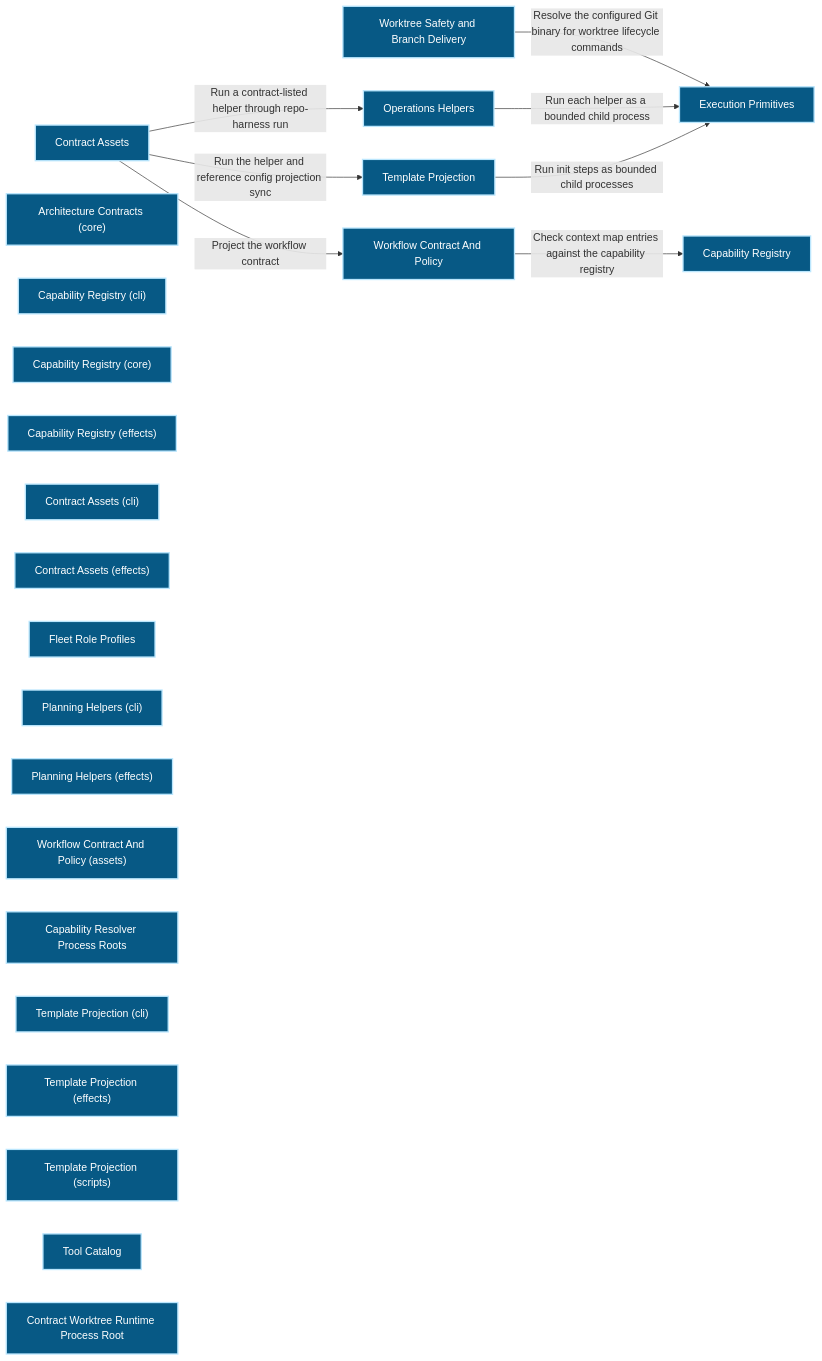
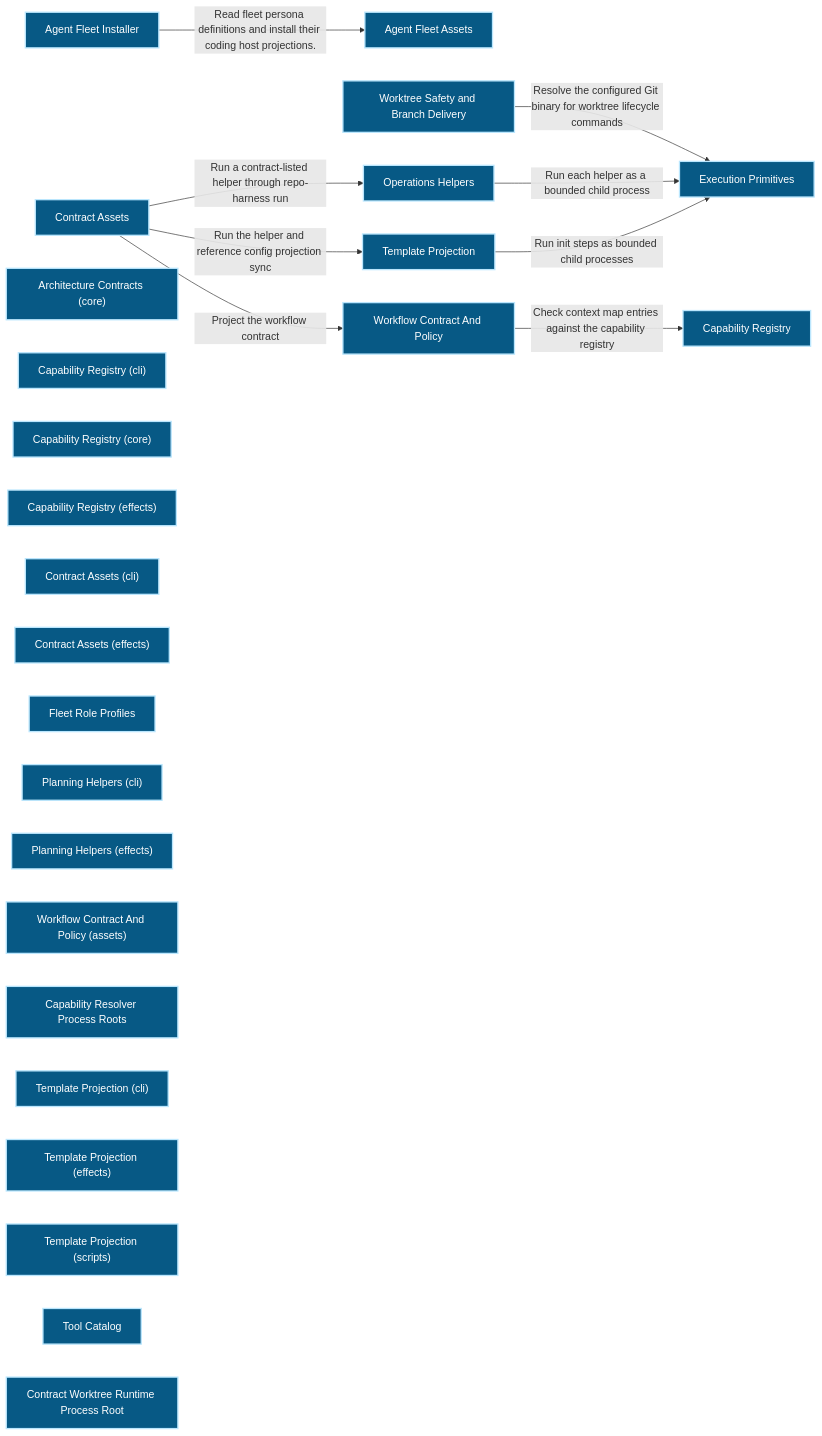
The first of 2 diagrams in docs/architecture/modules/workflow-engine/contract-assets.md (Ancienttwo/repo-harness), drawn with Mermaid before and after one commit. The commit also changed other lines of this file and 7 other files, not shown here.

First line of the commit message:
chore(projection): refresh generated architecture outputs for main@aa71b3b4eb6c

````diff
--- a/docs/architecture/modules/workflow-engine/contract-assets.md
+++ b/docs/architecture/modules/workflow-engine/contract-assets.md
@@ -15,37 +15,40 @@
 ```mermaid
 flowchart LR
   p1_capability_workflow_engine_contract_assets_c7ab122d["Contract Assets"]:::component
   p1_capability_workflow_engine_execution_primitives_b3033934["Execution Primitives"]:::component
+  p1_component_contract_assets_agent_fleet_assets_b2a3cd22["Agent Fleet Assets"]:::component
+  p1_component_contract_assets_agent_fleet_installer_5c94d58e["Agent Fleet Installer"]:::component
   p1_component_contract_assets_architecture_contracts_06002ce4["Architecture Contracts (core)"]:::component
   p1_component_contract_assets_capability_registry_87c3dd18["Capability Registry"]:::component
   p1_component_contract_assets_capability_registry_cli_2b3df796["Capability Registry (cli)"]:::component
   p1_component_contract_assets_capability_registry_core_31561a08["Capability Registry (core)"]:::component
   p1_component_contract_assets_capability_registry_effects_691a8423["Capability Registry (effects)"]:::component
   p1_component_contract_assets_cli_layer_90bb6fa4["Contract Assets (cli)"]:::component
   p1_component_contract_assets_contract_worktree_lifecycle_5cb413df["Worktree Safety and Branch Delivery"]:::component
   p1_component_contract_assets_effects_layer_03f9e65c["Contract Assets (effects)"]:::component
   p1_component_contract_assets_fleet_role_profiles_27f88d3d["Fleet Role Profiles"]:::component
   p1_component_contract_assets_planning_helpers_7600c3e5["Operations Helpers"]:::component
   p1_component_contract_assets_planning_helpers_cli_8bc2bdf7["Planning Helpers (cli)"]:::component
   p1_component_contract_assets_planning_helpers_effects_57f98a5d["Planning Helpers (effects)"]:::component
   p1_component_contract_assets_primary_21097608["Workflow Contract And Policy"]:::component
   p1_component_contract_assets_primary_assets_2781b8e0["Workflow Contract And Policy (assets)"]:::component
   p1_component_contract_assets_resolver_root_0cc105e2["Capability Resolver Process Roots"]:::component
   p1_component_contract_assets_template_projection_e6aa176d["Template Projection"]:::component
   p1_component_contract_assets_template_projection_cli_568c10ed["Template Projection (cli)"]:::component
   p1_component_contract_assets_template_projection_effects_b7613afa["Template Projection (effects)"]:::component
   p1_component_contract_assets_template_projection_scripts_e75fee1f["Template Projection (scripts)"]:::component
   p1_component_contract_assets_tool_catalog_e1042e03["Tool Catalog"]:::component
   p1_component_contract_assets_worktree_runtime_root_c8392daf["Contract Worktree Runtime Process Root"]:::component
+  p1_component_contract_assets_agent_fleet_installer_5c94d58e -->|"Read fleet persona definitions and install their coding host projections."| p1_component_contract_assets_agent_fleet_assets_b2a3cd22
   p1_component_contract_assets_contract_worktree_lifecycle_5cb413df -->|"Resolve the configured Git binary for worktree lifecycle commands"| p1_capability_workflow_engine_execution_primitives_b3033934
   p1_capability_workflow_engine_contract_assets_c7ab122d -->|"Run a contract-listed helper through repo-harness run"| p1_component_contract_assets_planning_helpers_7600c3e5
   p1_component_contract_assets_planning_helpers_7600c3e5 -->|"Run each helper as a bounded child process"| p1_capability_workflow_engine_execution_primitives_b3033934
   p1_capability_workflow_engine_contract_assets_c7ab122d -->|"Project the workflow contract"| p1_component_contract_assets_primary_21097608
   p1_component_contract_assets_primary_21097608 -->|"Check context map entries against the capability registry"| p1_component_contract_assets_capability_registry_87c3dd18
   p1_capability_workflow_engine_contract_assets_c7ab122d -->|"Run the helper and reference config projection sync"| p1_component_contract_assets_template_projection_e6aa176d
   p1_component_contract_assets_template_projection_e6aa176d -->|"Run init steps as bounded child processes"| p1_capability_workflow_engine_execution_primitives_b3033934
   classDef actor fill:#111827,color:#ffffff,stroke:#f9fafb,stroke-width:2px
   classDef component fill:#075985,color:#ffffff,stroke:#bae6fd,stroke-width:2px
   classDef datastore fill:#3f6212,color:#ffffff,stroke:#d9f99d,stroke-width:2px
   classDef external fill:#7c2d12,color:#ffffff,stroke:#fed7aa,stroke-width:2px
 ```
````
